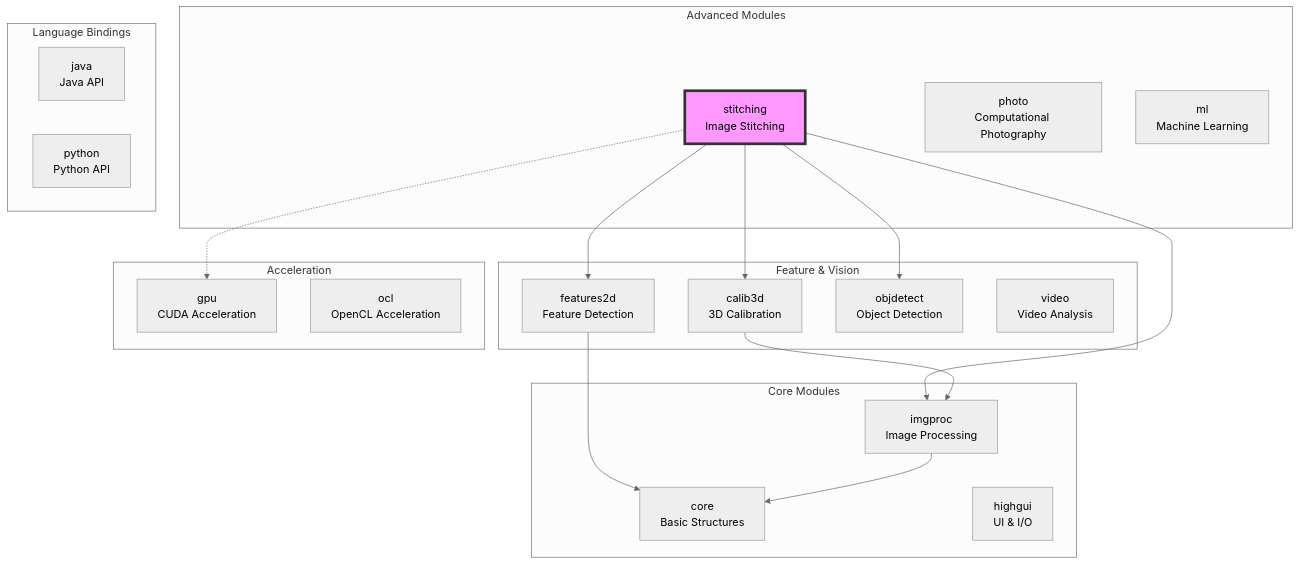
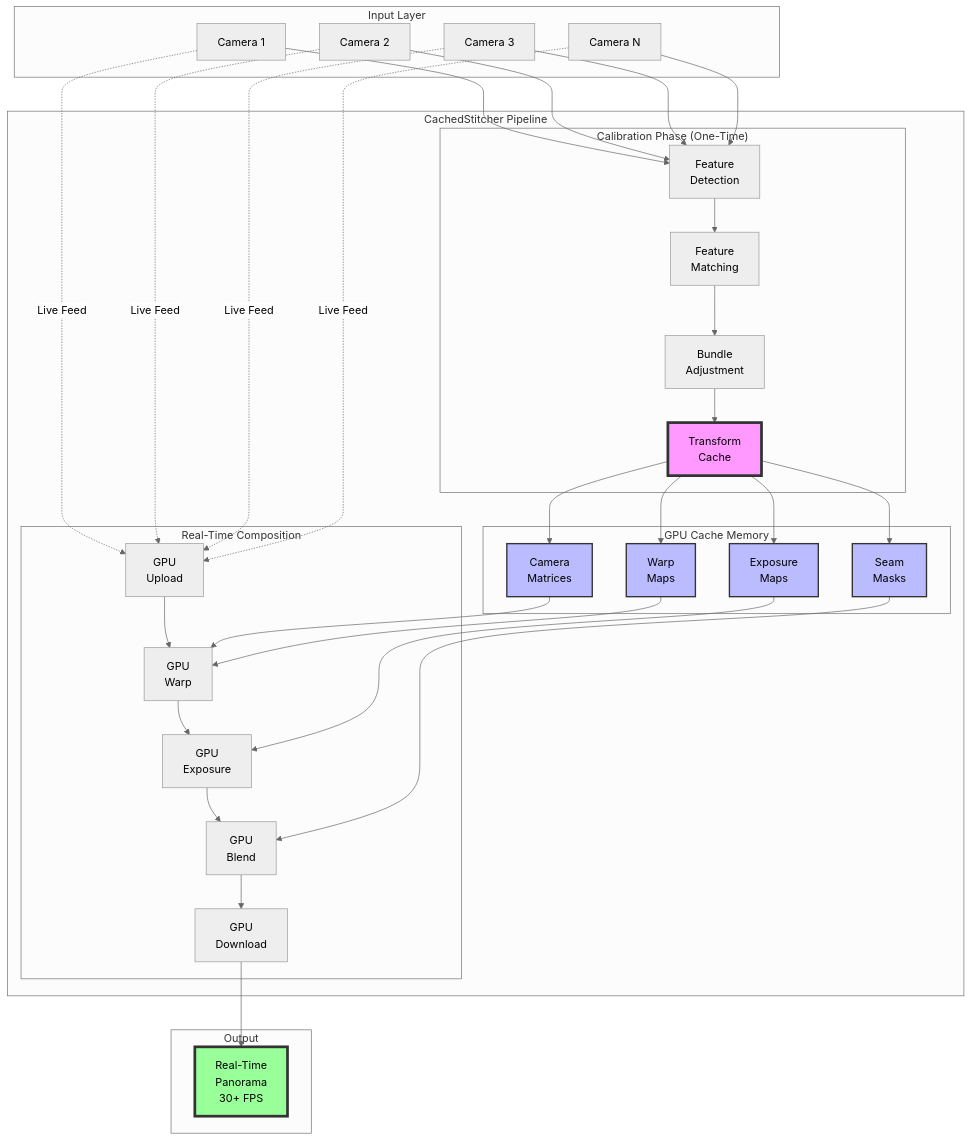
One commit to Tony363/opencvStitch changed the first of 5 diagrams in README.md. Above: the diagram before and after it, drawn with Mermaid (neutral theme). The commit also changed other lines of this file, not shown here.

````diff
--- a/README.md
+++ b/README.md
@@ -43,43 +39,73 @@
 ```mermaid
 graph TB
-    subgraph "Core Modules"
-        CORE[core<br/>Basic Structures]
-        IMGPROC[imgproc<br/>Image Processing]
-        HIGHGUI[highgui<br/>UI & I/O]
+    subgraph "Input Layer"
+        CAM1[Camera 1]
+        CAM2[Camera 2]
+        CAM3[Camera 3]
+        CAMN[Camera N]
     end
 
-    subgraph "Feature & Vision"
-        FEATURES[features2d<br/>Feature Detection]
-        CALIB[calib3d<br/>3D Calibration]
-        OBJDETECT[objdetect<br/>Object Detection]
-        VIDEO[video<br/>Video Analysis]
+    subgraph "CachedStitcher Pipeline"
+        subgraph "Calibration Phase (One-Time)"
+            FD[Feature<br/>Detection]
+            FM[Feature<br/>Matching]
+            BA[Bundle<br/>Adjustment]
+            TC[Transform<br/>Cache]
+        end
+
+        subgraph "GPU Cache Memory"
+            CM[Camera<br/>Matrices]
+            WM[Warp<br/>Maps]
+            SM[Seam<br/>Masks]
+            EM[Exposure<br/>Maps]
+        end
+
+        subgraph "Real-Time Composition"
+            GU[GPU<br/>Upload]
+            GW[GPU<br/>Warp]
+            GE[GPU<br/>Exposure]
+            GB[GPU<br/>Blend]
+            GD[GPU<br/>Download]
+        end
     end
 
-    subgraph "Advanced Modules"
-        STITCH[stitching<br/>Image Stitching]
-        PHOTO[photo<br/>Computational Photography]
-        ML[ml<br/>Machine Learning]
+    subgraph "Output"
+        PANO[Real-Time<br/>Panorama<br/>30+ FPS]
     end
 
-    subgraph "Acceleration"
-        GPU[gpu<br/>CUDA Acceleration]
-        OCL[ocl<br/>OpenCL Acceleration]
-    end
+    CAM1 --> FD
+    CAM2 --> FD
+    CAM3 --> FD
+    CAMN --> FD
 
-    subgraph "Language Bindings"
-        JAVA[java<br/>Java API]
-        PYTHON[python<br/>Python API]
-    end
+    FD --> FM --> BA --> TC
+    TC --> CM
+    TC --> WM
+    TC --> SM
+    TC --> EM
 
-    STITCH --> IMGPROC
-    STITCH --> FEATURES
-    STITCH --> CALIB
-    STITCH --> OBJDETECT
-    STITCH -.-> GPU
+    CAM1 -.->|Live Feed| GU
+    CAM2 -.->|Live Feed| GU
+    CAM3 -.->|Live Feed| GU
+    CAMN -.->|Live Feed| GU
 
-    FEATURES --> CORE
-    IMGPROC --> CORE
-    CALIB --> IMGPROC
+    GU --> GW
+    CM --> GW
+    WM --> GW
 
-    style STITCH fill:#f9f,stroke:#333,stroke-width:4px
+    GW --> GE
+    EM --> GE
+
+    GE --> GB
+    SM --> GB
+
+    GB --> GD
+    GD --> PANO
+
+    style TC fill:#f9f,stroke:#333,stroke-width:4px
+    style CM fill:#bbf,stroke:#333,stroke-width:2px
+    style WM fill:#bbf,stroke:#333,stroke-width:2px
+    style SM fill:#bbf,stroke:#333,stroke-width:2px
+    style EM fill:#bbf,stroke:#333,stroke-width:2px
+    style PANO fill:#9f9,stroke:#333,stroke-width:4px
 ```
````
